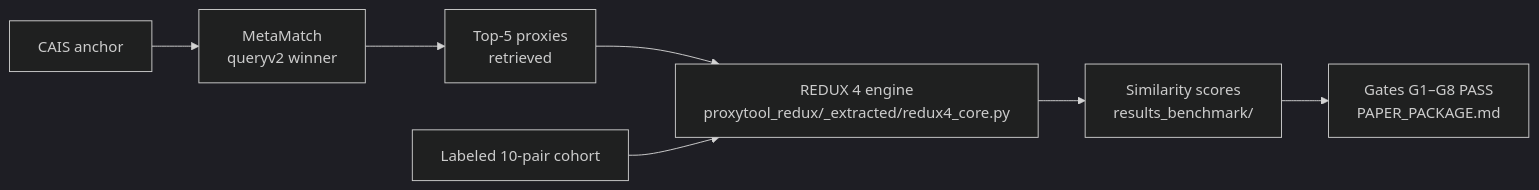
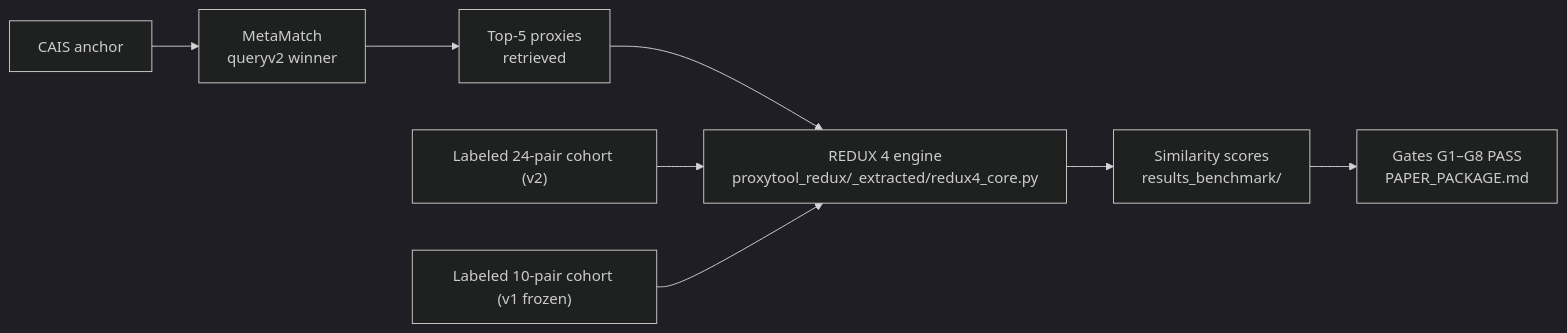
Before and after one commit to dev4-gpt/Proxy-systems-for-Critical-AI-systems: the second of 2 diagrams in results_benchmark/WORK_REVIEW.md, drawn with Mermaid (dark theme). The commit also changed other lines of this file and 16 other files, not shown here.

````diff
--- a/results_benchmark/WORK_REVIEW.md
+++ b/results_benchmark/WORK_REVIEW.md
@@ -81,9 +88,10 @@
 ```mermaid
 flowchart LR
     A["CAIS anchor"] --> B["MetaMatch<br/>queryv2 winner"]
     B --> C["Top-5 proxies<br/>retrieved"]
     C --> D["REDUX 4 engine<br/>proxytool_redux/_extracted/redux4_core.py"]
     D --> E["Similarity scores<br/>results_benchmark/"]
-    F["Labeled 10-pair cohort"] --> D
+    F["Labeled 24-pair cohort (v2)"] --> D
+    F1["Labeled 10-pair cohort (v1 frozen)"] --> D
     E --> G["Gates G1–G8 PASS<br/>PAPER_PACKAGE.md"]
 ```
````
